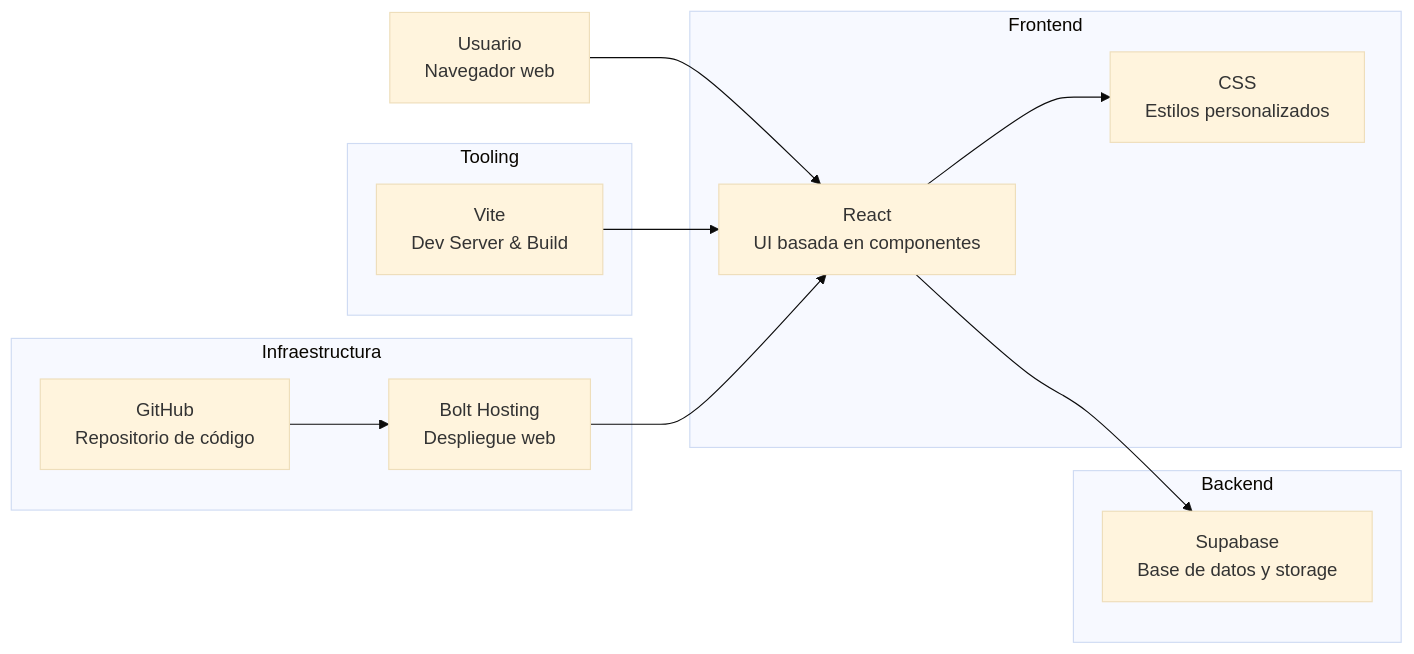
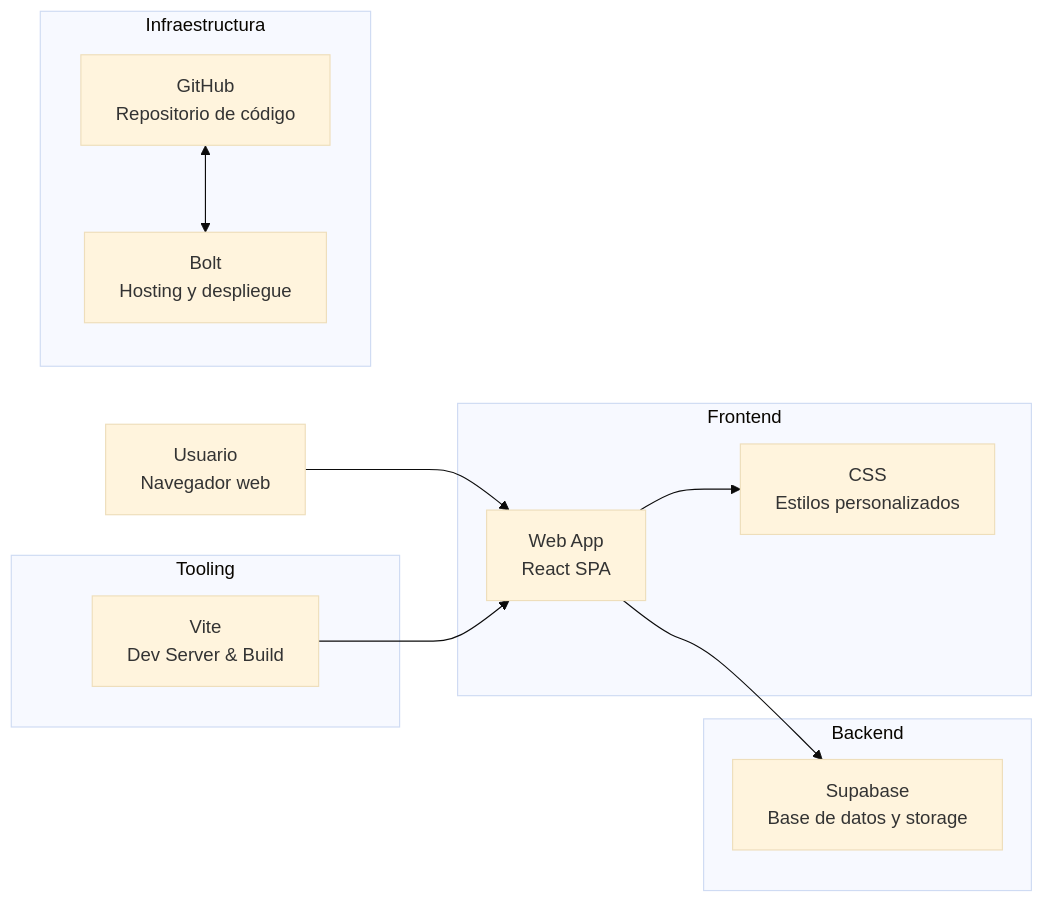
Before and after one commit to nicomencia/peredaweb: the diagram in README.md, drawn with Mermaid (base theme).

Commit message:
Update flowchart in README.md for clarity

````diff
--- a/README.md
+++ b/README.md
@@ -11,31 +11,30 @@
 ```mermaid
 flowchart LR
     User[Usuario<br/>Navegador web]
 
     subgraph Frontend
-        React[React<br/>UI basada en componentes]
+        Web[Web App<br/>React SPA]
         CSS[CSS<br/>Estilos personalizados]
     end
 
     subgraph Tooling
         Vite[Vite<br/>Dev Server & Build]
     end
 
     subgraph Backend
         Supabase[Supabase<br/>Base de datos y storage]
     end
 
     subgraph Infraestructura
-        BoltHost[Bolt Hosting<br/>Despliegue web]
+        Bolt[Bolt<br/>Hosting y despliegue]
         GitHub[GitHub<br/>Repositorio de código]
     end
 
-    User --> React
-    React --> CSS
-    React --> Supabase
+    User --> Web
+    Web --> CSS
+    Web --> Supabase
 
-    Vite --> React
+    Vite --> Web
 
-    GitHub --> BoltHost
-    BoltHost --> React
+    GitHub <--> Bolt
 ```
````
